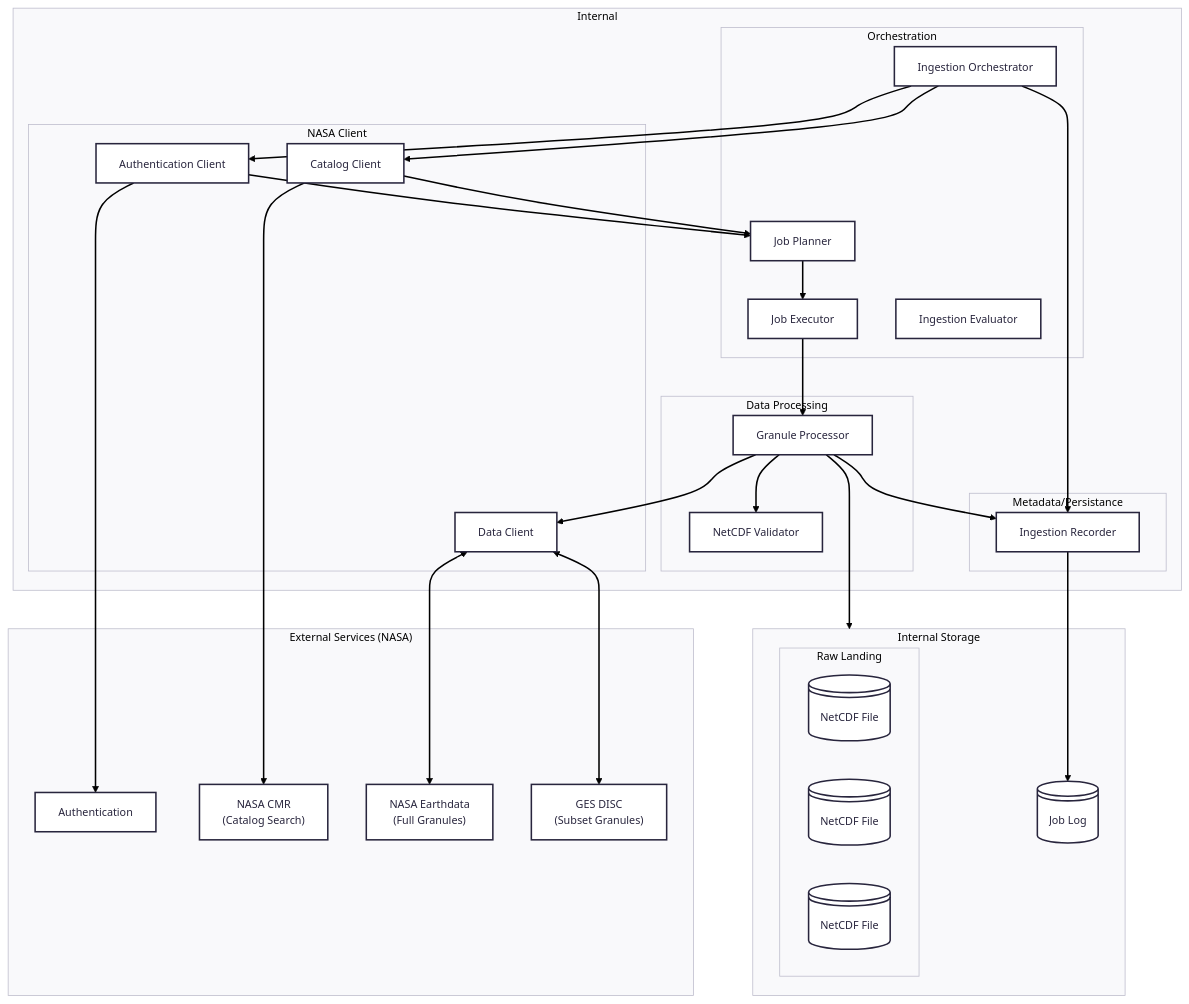
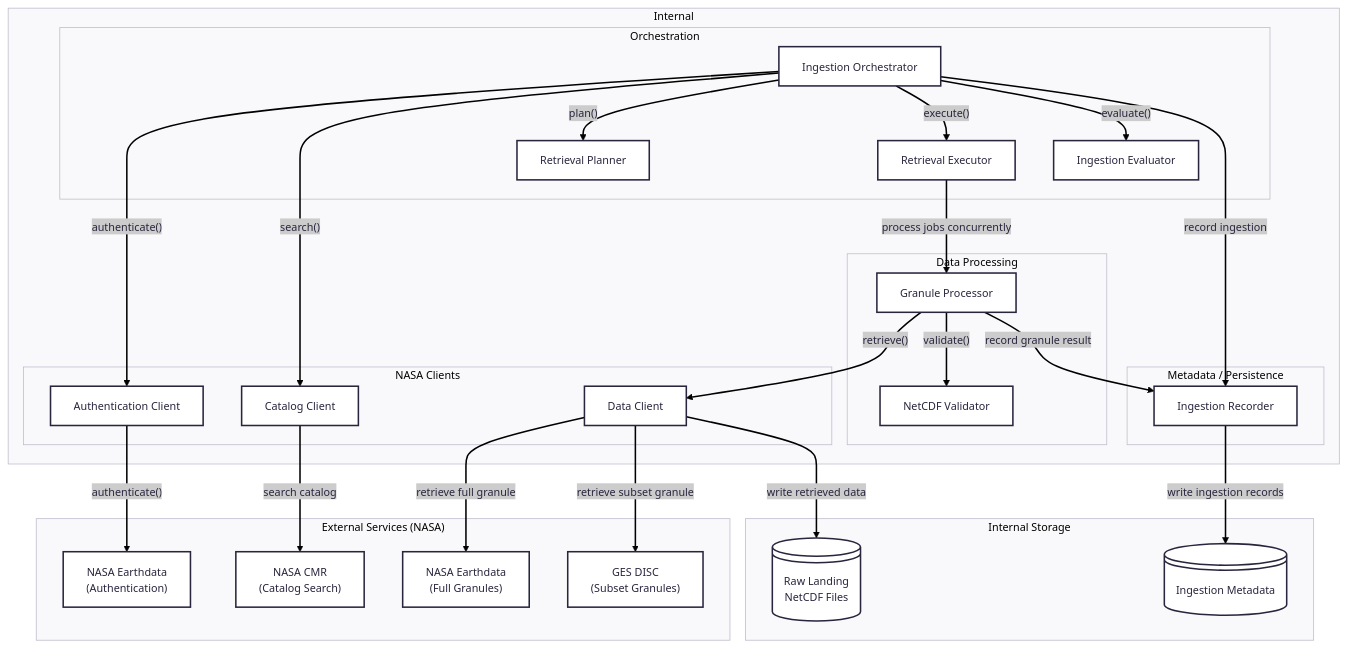
Before and after one commit to Datamorphic/hydro-data-platform: the second of 2 diagrams in docs/design/Ingestion/nldas-ingestion.md, drawn with Mermaid. The commit also changed other lines of this file, not shown here.

Commit message:
Make NLDAS Ingestion Component Diagram more comprehensive
Added dependencies for the component diagram to make interactions
more explicit.

````diff
--- a/docs/design/Ingestion/nldas-ingestion.md
+++ b/docs/design/Ingestion/nldas-ingestion.md
@@ -122,61 +123,131 @@
   theme: redux
 ---
 graph TD
-    %% Containers
+
+    %% =========================
+    %% External NASA Services
+    %% =========================
+
     subgraph external["External Services (NASA)"]
-        e1["Authentication"]
+
+        e1["NASA Earthdata<br>(Authentication)"]
         e2["NASA CMR<br>(Catalog Search)"]
         e3["NASA Earthdata<br>(Full Granules)"]
         e4["GES DISC<br>(Subset Granules)"]
+
     end
 
+
+    %% =========================
+    %% Internal Components
+    %% =========================
+
     subgraph internal["Internal"]
-        subgraph Orchestration["Orchestration"]
+
+        subgraph orchestration["Orchestration"]
+
             i1["Ingestion Orchestrator"]
-            i2["Job Planner"]
-            i3["Job Executor"]
+            i2["Retrieval Planner"]
+            i3["Retrieval Executor"]
             i4["Ingestion Evaluator"]
+
         end
 
-        subgraph client["NASA Client"]
+
+        subgraph client["NASA Clients"]
+
             c1["Authentication Client"]
             c2["Catalog Client"]
             c3["Data Client"]
+
         end
 
+
         subgraph processing["Data Processing"]
+
             p1["Granule Processor"]
             p2["NetCDF Validator"]
+
         end
 
-        subgraph metadata["Metadata/Persistance"]
+
+        subgraph metadata["Metadata / Persistence"]
+
             m1["Ingestion Recorder"]
+
         end
+
     end
 
+
+    %% =========================
+    %% Internal Storage
+    %% =========================
+
     subgraph storage["Internal Storage"]
-        subgraph object["Raw Landing"]
-            so1["NetCDF File"]
-            so2["NetCDF File"]
-            so3["NetCDF File"]
-        end
-        s1["Job Log"]
+
+        s1["Raw Landing<br>NetCDF Files"]
+        s2["Ingestion Metadata"]
+
     end
 
-    %% Relationships
-    i1 --> c1 & c2 & m1
-    c1 & c2 --> i2
-    i2 --> i3
-    i3 --> p1
-    p1 --> c3 & p2 & m1 & storage
-    c3 <--> e3 & e4
-    c1 --> e1
-    c2 --> e2
-    m1 --> s1
 
-    %% Styles
-    so1@{ shape: lin-cyl}
-    so2@{ shape: lin-cyl}
-    so3@{ shape: lin-cyl}
+    %% =========================
+    %% Orchestration Interactions
+    %% =========================
+
+    i1 -->|"authenticate()"| c1
+    i1 -->|"search()"| c2
+    i1 -->|"plan()"| i2
+    i1 -->|"execute()"| i3
+    i1 -->|"evaluate()"| i4
+    i1 -->|"record ingestion"| m1
+
+
+    %% =========================
+    %% Retrieval Execution
+    %% =========================
+
+    i3 -->|"process jobs concurrently"| p1
+
+
+    %% =========================
+    %% Granule Processing
+    %% =========================
+
+    p1 -->|"retrieve()"| c3
+    p1 -->|"validate()"| p2
+    p1 -->|"record granule result"| m1
+
+
+    %% =========================
+    %% NASA Client Interactions
+    %% =========================
+
+    c1 -->|"authenticate()"| e1
+    c2 -->|"search catalog"| e2
+    c3 -->|"retrieve full granule"| e3
+    c3 -->|"retrieve subset granule"| e4
+
+
+    %% =========================
+    %% Data Landing
+    %% =========================
+
+    c3 -->|"write retrieved data"| s1
+
+
+    %% =========================
+    %% Metadata Persistence
+    %% =========================
+
+    m1 -->|"write ingestion records"| s2
+
+
+    %% =========================
+    %% Storage Shapes
+    %% =========================
+
     s1@{ shape: lin-cyl}
+    s2@{ shape: lin-cyl}
 ```
````
